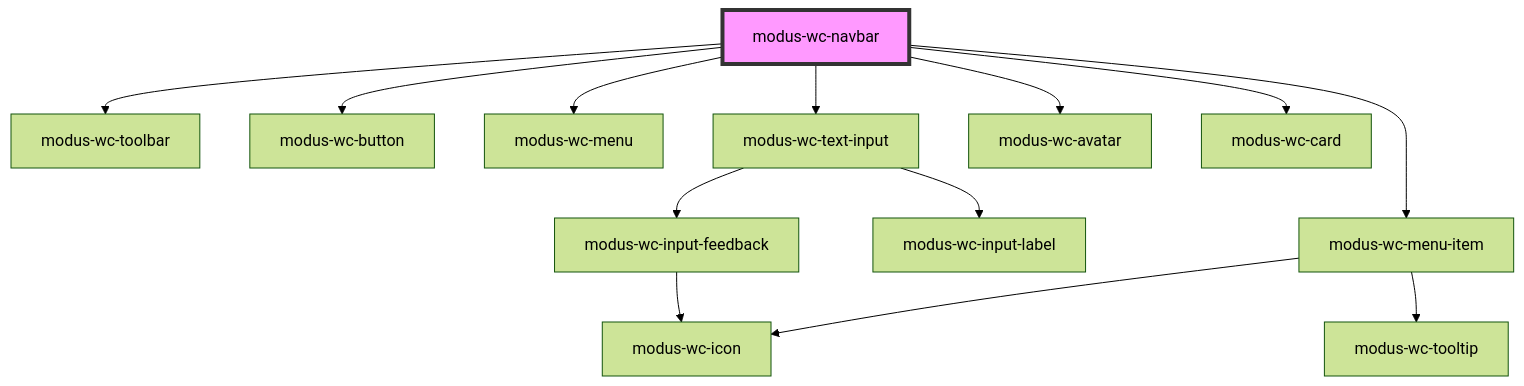
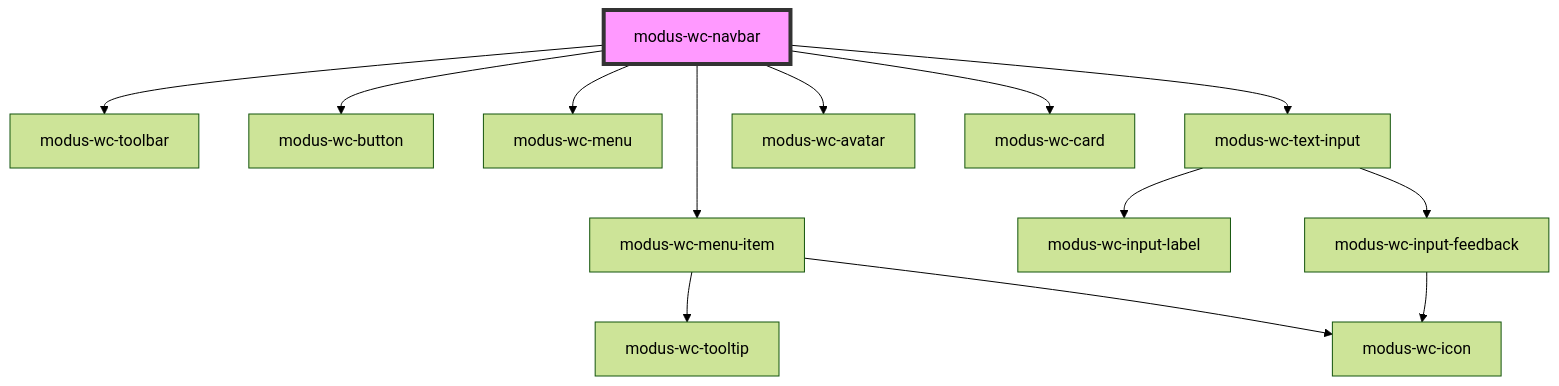
One commit to trimble-oss/modus-wc-2.0 changed the diagram in src/components/modus-wc-navbar/readme.md. Above: the diagram before and after it, drawn with Mermaid (forest theme). The commit also changed other lines of this file and 3 other files, not shown here.

````diff
--- a/src/components/modus-wc-navbar/readme.md
+++ b/src/components/modus-wc-navbar/readme.md
@@ -67,16 +67,16 @@
 ```mermaid
 graph TD;
   modus-wc-navbar --> modus-wc-toolbar
   modus-wc-navbar --> modus-wc-button
   modus-wc-navbar --> modus-wc-menu
   modus-wc-navbar --> modus-wc-menu-item
   modus-wc-navbar --> modus-wc-text-input
   modus-wc-navbar --> modus-wc-avatar
   modus-wc-navbar --> modus-wc-card
+  modus-wc-menu-item --> modus-wc-tooltip
   modus-wc-menu-item --> modus-wc-icon
-  modus-wc-menu-item --> modus-wc-tooltip
   modus-wc-text-input --> modus-wc-input-label
   modus-wc-text-input --> modus-wc-input-feedback
   modus-wc-input-feedback --> modus-wc-icon
   style modus-wc-navbar fill:#f9f,stroke:#333,stroke-width:4px
 ```
````
